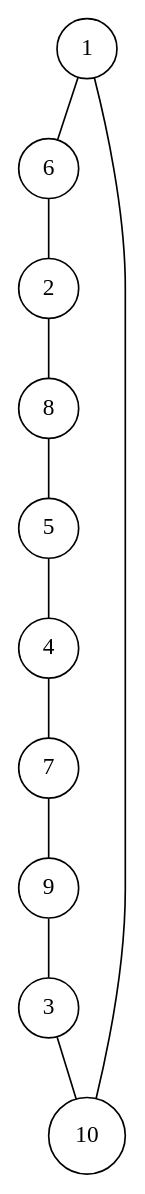
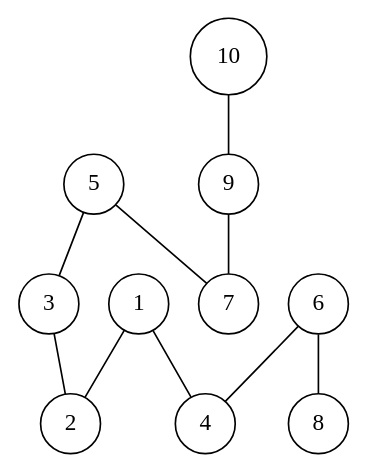
Before and after one commit to lugot/tsp-approximation: the diagram in data_generated/random1012484/random1012484.0.dot, drawn with Graphviz. The commit also changed 10 other files, not shown here.

```diff
--- a/data_generated/random1012484/random1012484.0.dot
+++ b/data_generated/random1012484/random1012484.0.dot
@@ -1,24 +1,23 @@
 graph random1012484 {
 	node [shape=circle fillcolor=white]
 	1 [ pos = "0.667158,3.291296!"]
-	2 [ pos = "17.711670,14.948317!"]
-	3 [ pos = "8.457189,7.426452!"]
-	4 [ pos = "20.000000,12.982976!"]
-	5 [ pos = "19.648191,15.435664!"]
-	6 [ pos = "3.204100,11.130648!"]
-	7 [ pos = "18.055529,12.025427!"]
-	8 [ pos = "13.760635,15.675307!"]
-	9 [ pos = "16.573455,9.454567!"]
-	10 [ pos = "2.087824,7.511968!"]
+	2 [ pos = "2.087824,7.511968!"]
+	3 [ pos = "3.204100,11.130648!"]
+	4 [ pos = "8.457189,7.426452!"]
+	5 [ pos = "13.760635,15.675307!"]
+	6 [ pos = "16.573455,9.454567!"]
+	7 [ pos = "17.711670,14.948317!"]
+	8 [ pos = "18.055529,12.025427!"]
+	9 [ pos = "19.648191,15.435664!"]
+	10 [ pos = "20.000000,12.982976!"]
 
-	5 -- 4
-	4 -- 7
-	7 -- 9
-	9 -- 3
-	3 -- 10
-	10 -- 1
-	1 -- 6
-	6 -- 2
-	2 -- 8
-	8 -- 5
+	1 -- 4
+	6 -- 8
+	10 -- 9
+	9 -- 7
+	5 -- 3
+	3 -- 2
+	1 -- 2
+	5 -- 7
+	6 -- 4
 }
```
